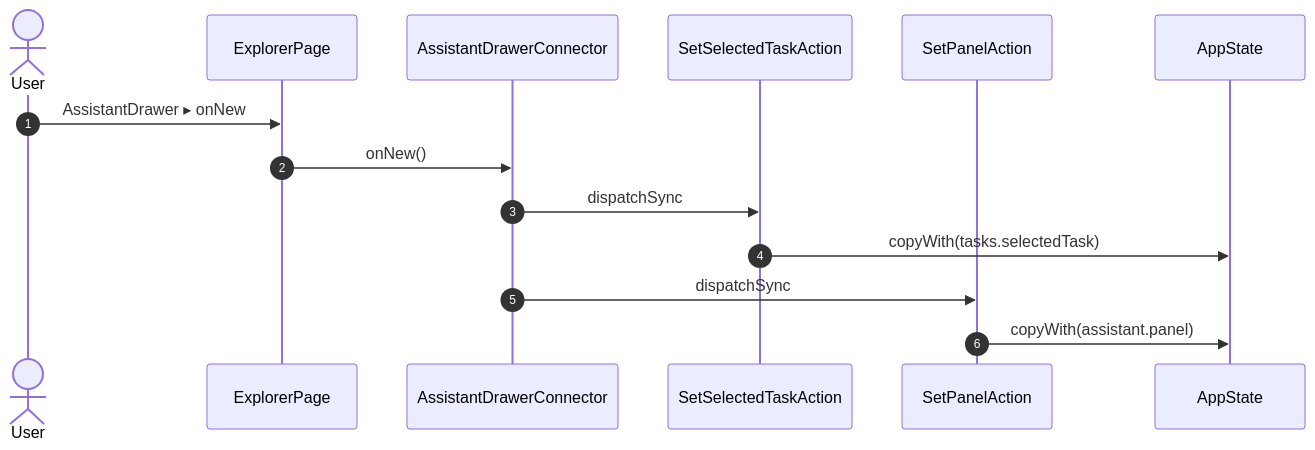
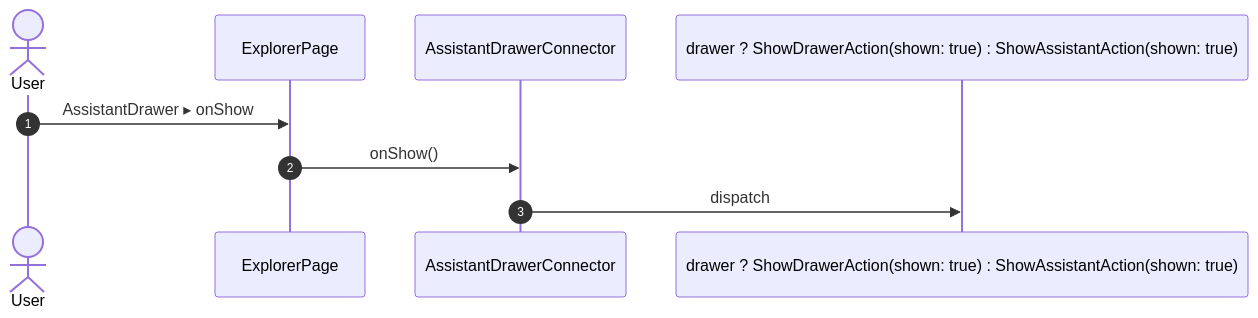
One commit to gencto/wyrm changed diagram 49 of 55 in studio/docs/flows/explorer.md. Above: the diagram before and after it, drawn with Mermaid. The commit also changed other lines of this file and 94 other files, not shown here.

First line of the commit message:
studio: assistant: typed wire, words in ui, one action per intent

````diff
--- a/studio/docs/flows/explorer.md
+++ b/studio/docs/flows/explorer.md
@@ -1005,17 +933,12 @@
 ```mermaid
 sequenceDiagram
     autonumber
     actor User
     participant UI as ExplorerPage
     participant R1 as AssistantDrawerConnector
-    participant A1 as SetSelectedTaskAction
-    participant A2 as SetPanelAction
-    participant ST as AppState
+    participant A1 as drawer ? ShowDrawerAction(shown: true) : ShowAssistantAction(shown: true)
 
-    User->>UI: AssistantDrawer ▸ onNew
-    UI->>R1: onNew()
-    R1->>A1: dispatchSync
-    A1->>ST: copyWith(tasks.selectedTask)
-    R1->>A2: dispatchSync
-    A2->>ST: copyWith(assistant.panel)
+    User->>UI: AssistantDrawer ▸ onShow
+    UI->>R1: onShow()
+    R1->>A1: dispatch
 ```
````
